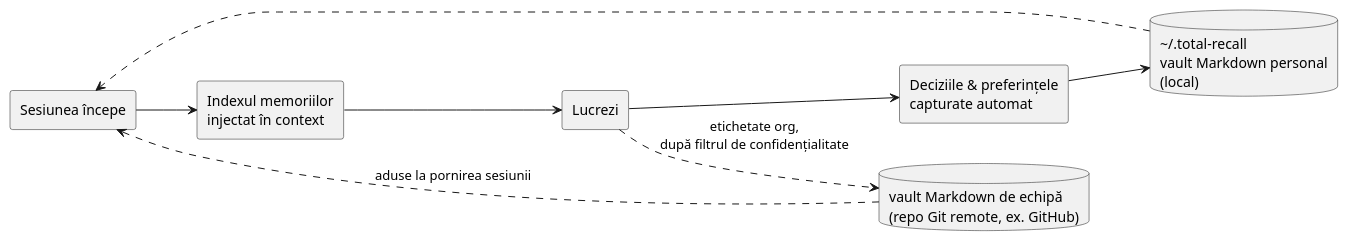
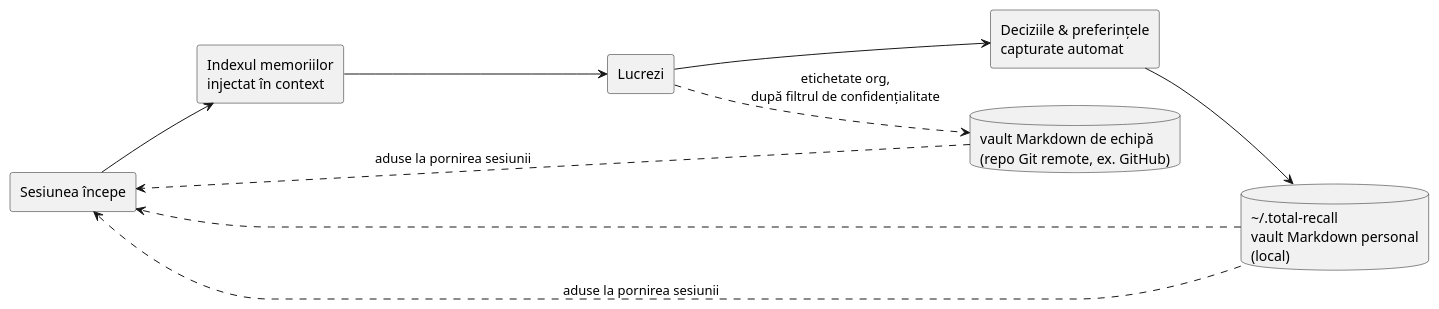
Before and after one commit to adrian-balaban/total-recall: the diagram in docs/diagrams/session-loop-ro.puml, drawn with PlantUML. The commit also changed 1 other file, not shown here.

Commit message:
docs(diagrams): show E pulling from A at session start
Add a dashed dependency from E to A labeled "pulled at session start"
in both the English and Romanian session loop diagrams, mirroring the
existing R-to-A relationship. This documents that E also retrieves
data from A when a session begins.

```diff
--- a/docs/diagrams/session-loop-ro.puml
+++ b/docs/diagrams/session-loop-ro.puml
@@ -1,19 +1,20 @@
 @startuml session-loop-ro
 left to right direction
 skinparam shadowing false
 skinparam defaultFontName Helvetica
 
 rectangle "Sesiunea începe" as A
 rectangle "Indexul memoriilor\ninjectat în context" as B
 rectangle "Lucrezi" as C
 rectangle "Deciziile & preferințele\ncapturate automat" as D
 database "<U+007E>/.total-recall\nvault Markdown personal\n(local)" as E
 database "vault Markdown de echipă\n(repo Git remote, ex. GitHub)" as R
 A --> B
 B --> C
 C --> D
 D --> E
 E ..> A
 C ..> R : etichetate org,\ndupă filtrul de confidențialitate
+E ..> A : aduse la pornirea sesiunii
 R ..> A : aduse la pornirea sesiunii
 @enduml
```
